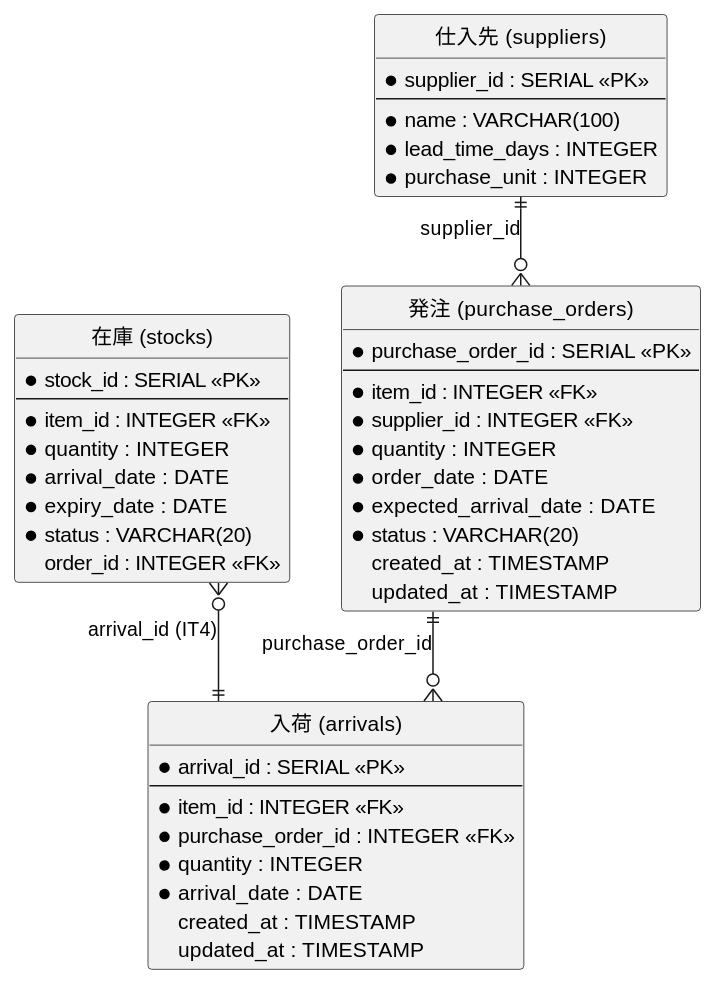
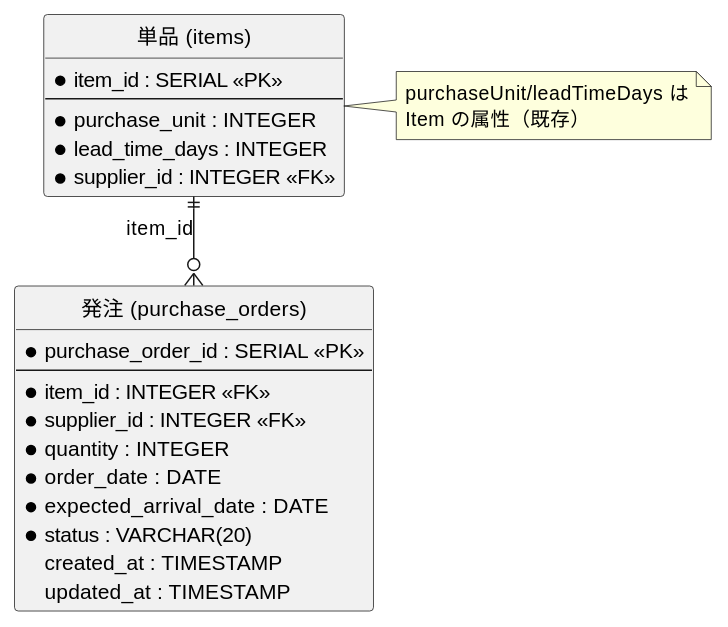
The third of 5 diagrams in docs/development/iteration_plan-3.md (k2works/case-study-sdd-development), drawn with PlantUML before and after one commit. The commit also changed other lines of this file, not shown here.

````diff
--- a/docs/development/iteration_plan-3.md
+++ b/docs/development/iteration_plan-3.md
@@ -259,53 +280,34 @@
 ```plantuml
 @startuml
 hide circle
 skinparam linetype ortho
 
 entity "発注 (purchase_orders)" as po {
   * purchase_order_id : SERIAL <<PK>>
   --
   * item_id : INTEGER <<FK>>
   * supplier_id : INTEGER <<FK>>
   * quantity : INTEGER
   * order_date : DATE
   * expected_arrival_date : DATE
   * status : VARCHAR(20)
   created_at : TIMESTAMP
   updated_at : TIMESTAMP
 }
 
-entity "入荷 (arrivals)" as arr {
-  * arrival_id : SERIAL <<PK>>
+entity "単品 (items)" as itm {
+  * item_id : SERIAL <<PK>>
   --
-  * item_id : INTEGER <<FK>>
-  * purchase_order_id : INTEGER <<FK>>
-  * quantity : INTEGER
-  * arrival_date : DATE
-  created_at : TIMESTAMP
-  updated_at : TIMESTAMP
+  * purchase_unit : INTEGER
+  * lead_time_days : INTEGER
+  * supplier_id : INTEGER <<FK>>
 }
 
-entity "仕入先 (suppliers)" as sup {
-  * supplier_id : SERIAL <<PK>>
-  --
-  * name : VARCHAR(100)
-  * lead_time_days : INTEGER
-  * purchase_unit : INTEGER
-}
+note right of itm
+  purchaseUnit/leadTimeDays は
+  Item の属性（既存）
+end note
 
-entity "在庫 (stocks)" as stk {
-  * stock_id : SERIAL <<PK>>
-  --
-  * item_id : INTEGER <<FK>>
-  * quantity : INTEGER
-  * arrival_date : DATE
-  * expiry_date : DATE
-  * status : VARCHAR(20)
-  order_id : INTEGER <<FK>>
-}
-
-sup ||--o{ po : supplier_id
-po ||--o{ arr : purchase_order_id
-stk }o--|| arr : arrival_id (IT4)
+itm ||--o{ po : item_id
 @enduml
 ```
````
